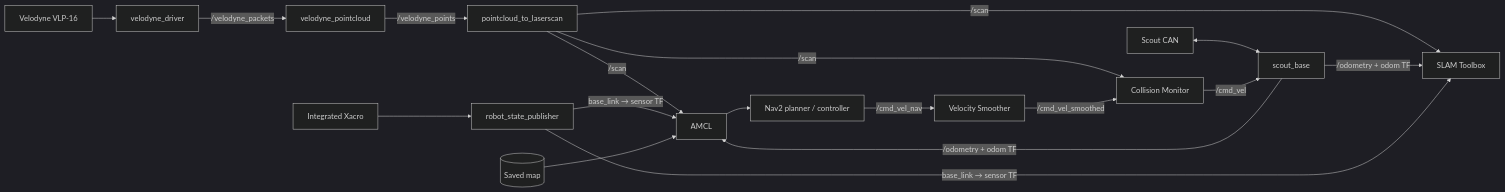
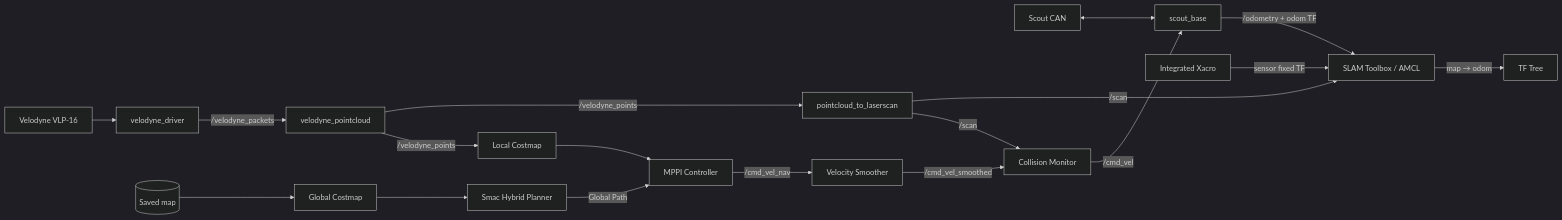
Before and after one commit to leegyun02/scout-ur3e-ros2: the diagram in README.md, drawn with Mermaid (dark theme). The commit also changed other lines of this file and 33 other files, not shown here.

````diff
--- a/README.md
+++ b/README.md
@@ -78,23 +45,23 @@
 ```mermaid
 flowchart LR
     VLP[Velodyne VLP-16] --> VD[velodyne_driver]
     VD -->|/velodyne_packets| VT[velodyne_pointcloud]
     VT -->|/velodyne_points| P2L[pointcloud_to_laserscan]
-    P2L -->|/scan| SLAM[SLAM Toolbox]
-    P2L -->|/scan| AMCL[AMCL]
-    P2L -->|/scan| CM[Collision Monitor]
+    P2L -->|/scan| LOC[SLAM Toolbox / AMCL]
+    VT -->|/velodyne_points| LC[Local Costmap]
 
     Scout[Scout CAN] <--> SB[scout_base]
-    SB -->|/odometry + odom TF| SLAM
-    SB -->|/odometry + odom TF| AMCL
+    SB -->|/odometry + odom TF| LOC
+    URDF[Integrated Xacro] -->|sensor fixed TF| LOC
 
-    URDF[Integrated Xacro] --> RSP[robot_state_publisher]
-    RSP -->|base_link → sensor TF| SLAM
-    RSP -->|base_link → sensor TF| AMCL
+    LOC -->|map → odom| TF[TF Tree]
+    Map[(Saved map)] --> GC[Global Costmap]
+    GC --> Planner[Smac Hybrid Planner]
+    Planner -->|Global Path| MPPI[MPPI Controller]
+    LC --> MPPI
 
-    Map[(Saved map)] --> AMCL
-    AMCL --> NAV[Nav2 planner / controller]
-    NAV -->|/cmd_vel_nav| VS[Velocity Smoother]
-    VS -->|/cmd_vel_smoothed| CM
+    MPPI -->|/cmd_vel_nav| VS[Velocity Smoother]
+    VS -->|/cmd_vel_smoothed| CM[Collision Monitor]
+    P2L -->|/scan| CM
     CM -->|/cmd_vel| SB
 ```
````
